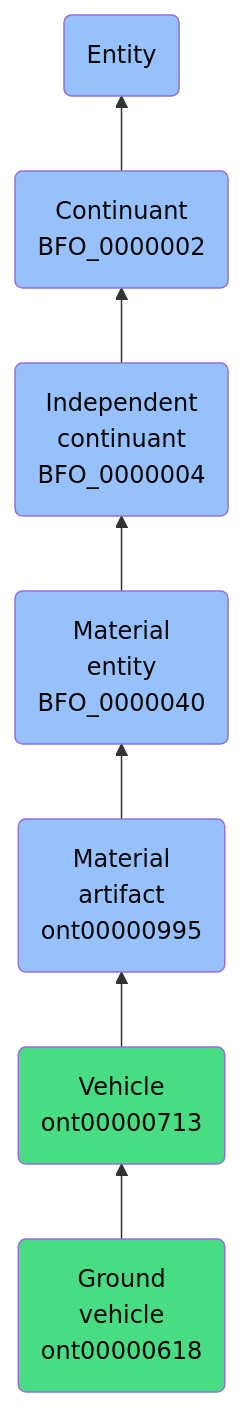
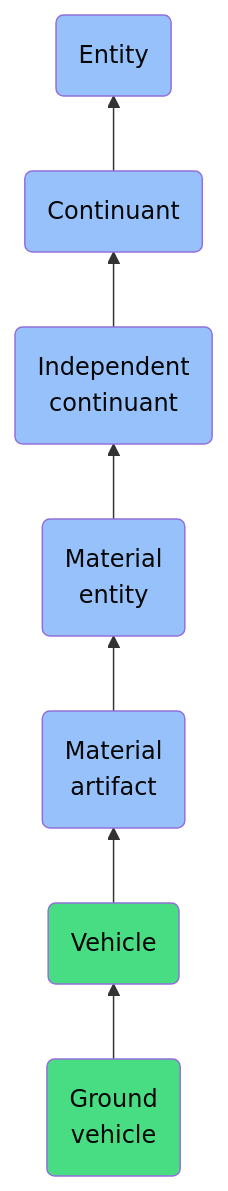
Before and after one commit to jupyter-naas/abi: the diagram in docs/ontology/reference/model/Entity/Continuant/Independent continuant/Material entity/Material artifact/Vehicle/Ground vehicle/Ground vehicle.md, drawn with Mermaid. The commit also changed other lines of this file and 1430 other files, not shown here.

````diff
--- a/docs/ontology/reference/model/Entity/Continuant/Independent continuant/Material entity/Material artifact/Vehicle/Ground vehicle/Ground vehicle.md
+++ b/docs/ontology/reference/model/Entity/Continuant/Independent continuant/Material entity/Material artifact/Vehicle/Ground vehicle/Ground vehicle.md
@@ -24,14 +24,14 @@
 ```mermaid
 graph BT
-    ont00000618(Ground<br>vehicle<br>ont00000618):::ABI-->ont00000713
-    ont00000713(Vehicle<br>ont00000713):::ABI-->ont00000995
-    ont00000995(Material<br>artifact<br>ont00000995):::BFO-->BFO_0000040
-    BFO_0000040(Material<br>entity<br>BFO_0000040):::BFO-->BFO_0000004
-    BFO_0000004(Independent<br>continuant<br>BFO_0000004):::BFO-->BFO_0000002
-    BFO_0000002(Continuant<br>BFO_0000002):::BFO-->BFO_0000001
+    ont00000618(Ground<br>vehicle):::ABI-->ont00000713
+    ont00000713(Vehicle):::ABI-->ont00000995
+    ont00000995(Material<br>artifact):::BFO-->BFO_0000040
+    BFO_0000040(Material<br>entity):::BFO-->BFO_0000004
+    BFO_0000004(Independent<br>continuant):::BFO-->BFO_0000002
+    BFO_0000002(Continuant):::BFO-->BFO_0000001
     BFO_0000001(Entity):::BFO
     
     classDef BFO fill:#97c1fb,color:#060606
     classDef CCO fill:#e4c51e,color:#060606
     classDef ABI fill:#48DD82,color:#060606
 ```
````
